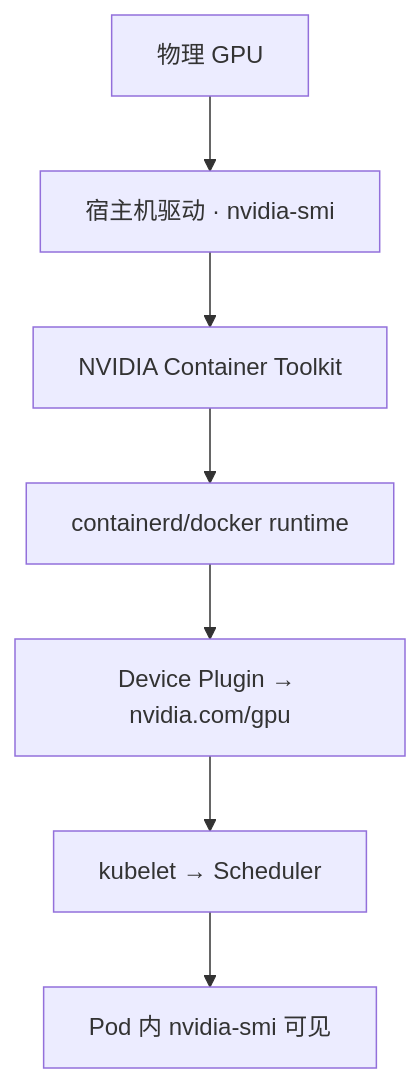
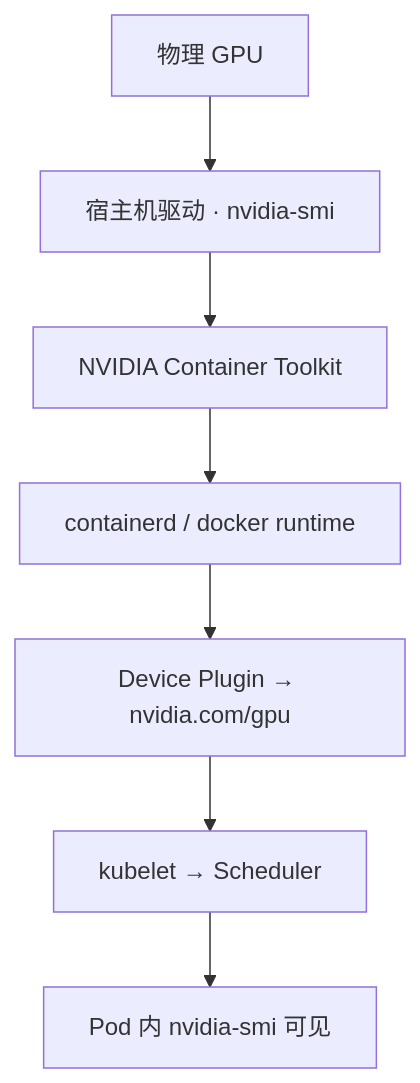
The second of 7 diagrams in 08-AI与智能运维/08-GPU资源与调度/知识点.md (ml-cuizijun/LearnToLilith), drawn with Mermaid before and after one commit. The commit also changed other lines of this file and 178 other files, not shown here.

````diff
--- a/08-AI与智能运维/08-GPU资源与调度/知识点.md
+++ b/08-AI与智能运维/08-GPU资源与调度/知识点.md
@@ -80,9 +53,9 @@
 ```mermaid
 flowchart TB
     HW["物理 GPU"] --> DRV["宿主机驱动 · nvidia-smi"]
     DRV --> CT["NVIDIA Container Toolkit"]
-    CT --> RT["containerd/docker runtime"]
+    CT --> RT["containerd / docker runtime"]
     RT --> DP["Device Plugin → nvidia.com/gpu"]
     DP --> K["kubelet → Scheduler"]
     K --> POD["Pod 内 nvidia-smi 可见"]
 ```
````
